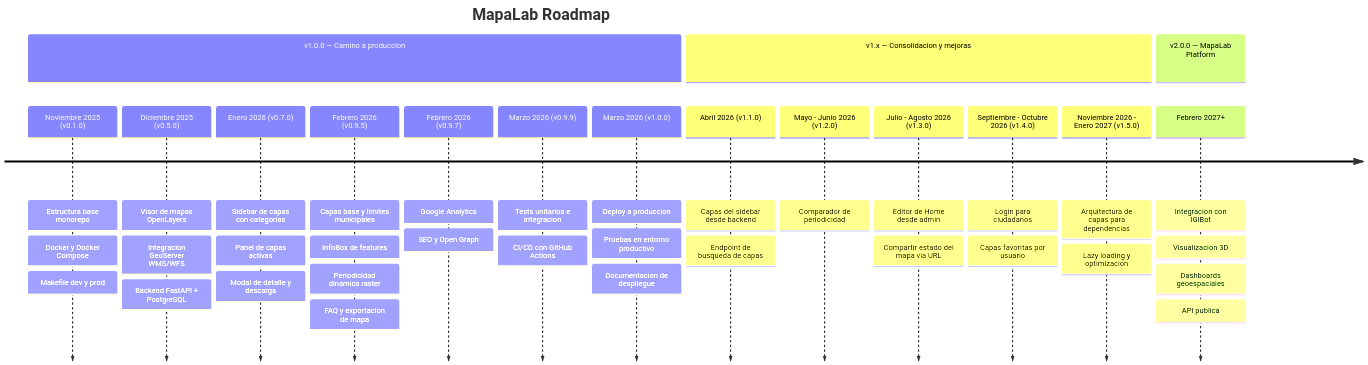
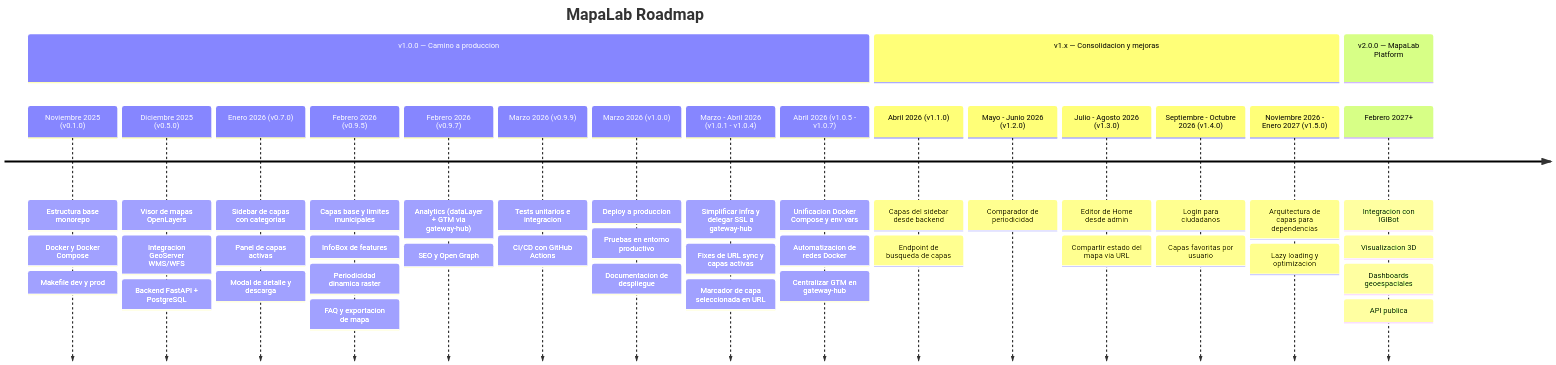
The diagram in docs/roadmap.md (iieg-oficial/mapalab), drawn with Mermaid before and after one commit. The commit also changed other lines of this file and 9 other files, not shown here.

Commit message:
refactor: remove frontend GTM injection and environment variables in favor of gateway-hub centralization

````diff
--- a/docs/roadmap.md
+++ b/docs/roadmap.md
@@ -5,53 +5,61 @@
 ```mermaid
 timeline
     title MapaLab Roadmap
     section v1.0.0 — Camino a produccion
         Noviembre 2025 (v0.1.0)
             : Estructura base monorepo
             : Docker y Docker Compose
             : Makefile dev y prod
         Diciembre 2025 (v0.5.0)
             : Visor de mapas OpenLayers
             : Integracion GeoServer WMS/WFS
             : Backend FastAPI + PostgreSQL
         Enero 2026 (v0.7.0)
             : Sidebar de capas con categorias
             : Panel de capas activas
             : Modal de detalle y descarga
         Febrero 2026 (v0.9.5)
             : Capas base y limites municipales
             : InfoBox de features
             : Periodicidad dinamica raster
             : FAQ y exportacion de mapa
         Febrero 2026 (v0.9.7)
-            : Google Analytics
+            : Analytics (dataLayer + GTM via gateway-hub)
             : SEO y Open Graph
         Marzo 2026 (v0.9.9)
             : Tests unitarios e integracion
             : CI/CD con GitHub Actions
         Marzo 2026 (v1.0.0)
             : Deploy a produccion
             : Pruebas en entorno productivo
             : Documentacion de despliegue
+        Marzo - Abril 2026 (v1.0.1 - v1.0.4)
+            : Simplificar infra y delegar SSL a gateway-hub
+            : Fixes de URL sync y capas activas
+            : Marcador de capa seleccionada en URL
+        Abril 2026 (v1.0.5 - v1.0.7)
+            : Unificacion Docker Compose y env vars
+            : Automatizacion de redes Docker
+            : Centralizar GTM en gateway-hub
     section v1.x — Consolidacion y mejoras
         Abril 2026 (v1.1.0)
             : Capas del sidebar desde backend
             : Endpoint de busqueda de capas
         Mayo - Junio 2026 (v1.2.0)
             : Comparador de periodicidad
         Julio - Agosto 2026 (v1.3.0)
             : Editor de Home desde admin
             : Compartir estado del mapa via URL
         Septiembre - Octubre 2026 (v1.4.0)
             : Login para ciudadanos
             : Capas favoritas por usuario
         Noviembre 2026 - Enero 2027 (v1.5.0)
             : Arquitectura de capas para dependencias
             : Lazy loading y optimizacion
     section v2.0.0 — MapaLab Platform
         Febrero 2027+
             : Integracion con IGIBot
             : Visualizacion 3D
             : Dashboards geoespaciales
             : API publica
 ```
````
